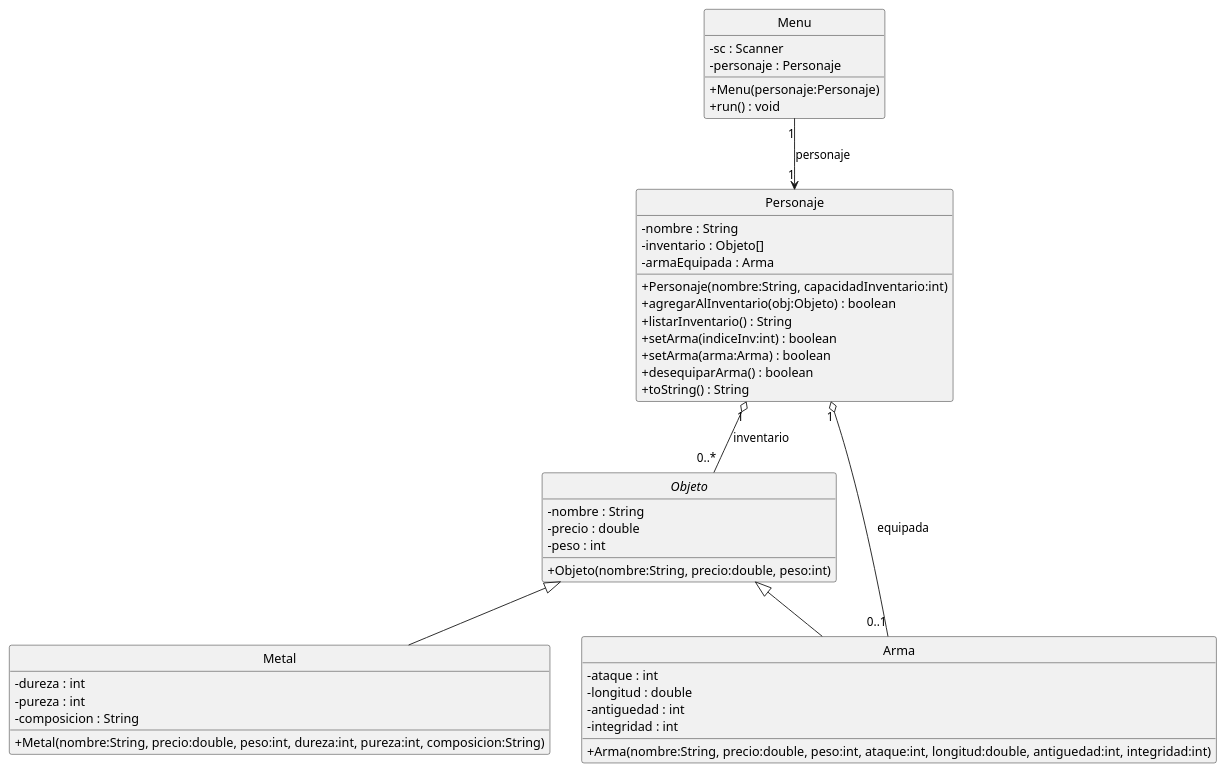
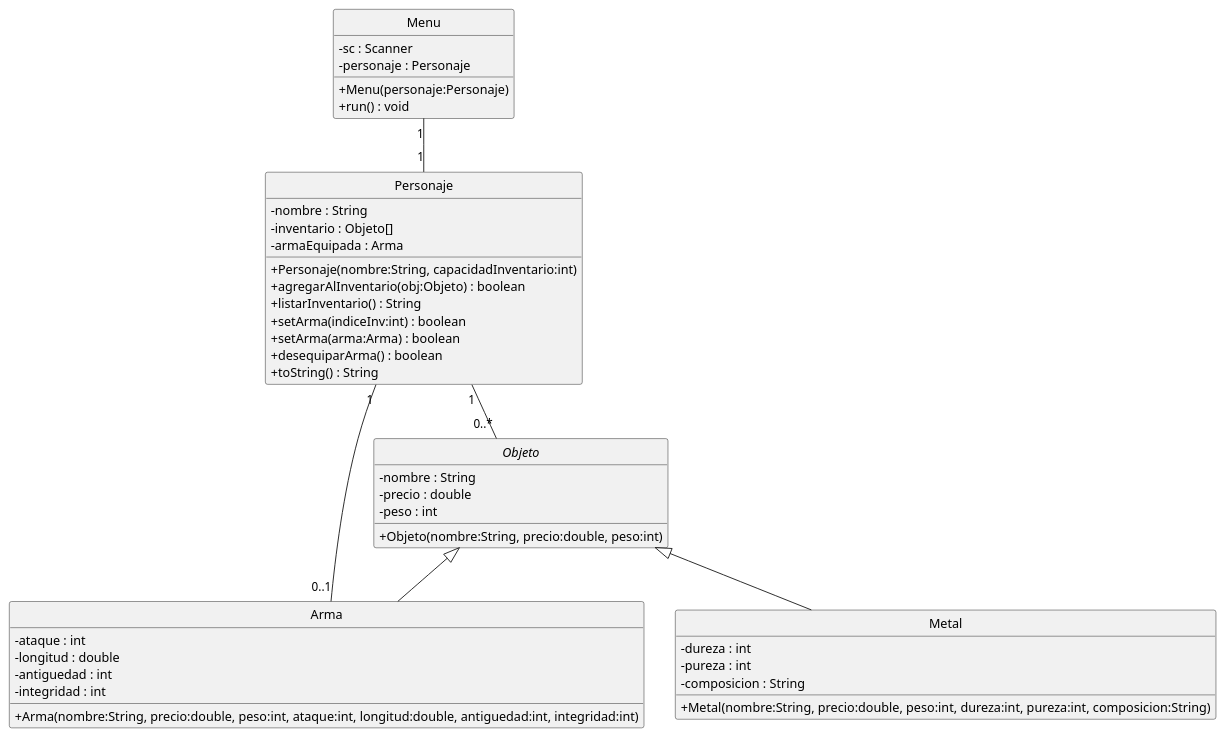
One commit to Cosmin-DB/FP2_25-26 changed the diagram in sesiones/sesion4/class_uml.puml. Above: the diagram before and after it, drawn with PlantUML. The commit also changed 2 other files, not shown here.

Commit message:
correcciones UML

```diff
--- a/sesiones/sesion4/class_uml.puml
+++ b/sesiones/sesion4/class_uml.puml
@@ -1,55 +1,55 @@
 @startuml
 skinparam classAttributeIconSize 0
 hide circle
 top to bottom direction
 
 abstract class Objeto {
   - nombre : String
   - precio : double
   - peso : int
   + Objeto(nombre:String, precio:double, peso:int)
 }
 
 class Arma {
   - ataque : int
   - longitud : double
   - antiguedad : int
   - integridad : int
   + Arma(nombre:String, precio:double, peso:int, ataque:int, longitud:double, antiguedad:int, integridad:int)
 }
 
 class Metal {
   - dureza : int
   - pureza : int
   - composicion : String
   + Metal(nombre:String, precio:double, peso:int, dureza:int, pureza:int, composicion:String)
 }
 
 class Personaje {
   - nombre : String
   - inventario : Objeto[]
   - armaEquipada : Arma
   + Personaje(nombre:String, capacidadInventario:int)
   + agregarAlInventario(obj:Objeto) : boolean
   + listarInventario() : String
   + setArma(indiceInv:int) : boolean
   + setArma(arma:Arma) : boolean
   + desequiparArma() : boolean
   + toString() : String
 }
 
 class Menu {
   - sc : Scanner
   - personaje : Personaje
   + Menu(personaje:Personaje)
   + run() : void
 }
 
 Objeto <|-- Arma
 Objeto <|-- Metal
 
-Personaje "1" o-- "0..*" Objeto : inventario
-Personaje "1" o-- "0..1" Arma : equipada
-Menu "1" --> "1" Personaje : personaje
+Personaje "1" -- "0..*" Objeto
+Personaje "1" -- "0..1" Arma
+Menu "1" -- "1" Personaje
 
 @enduml
```
